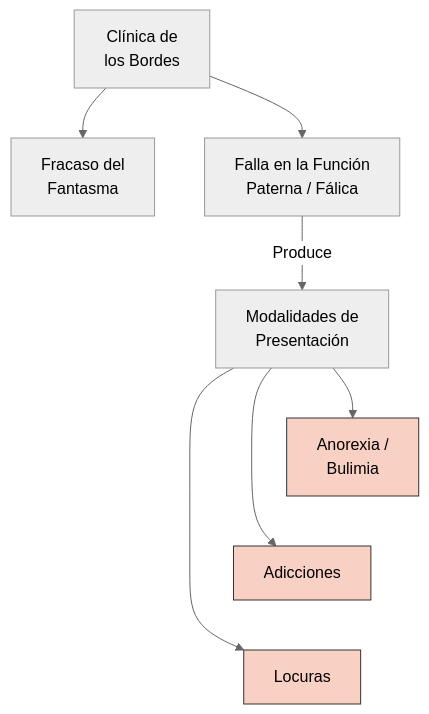
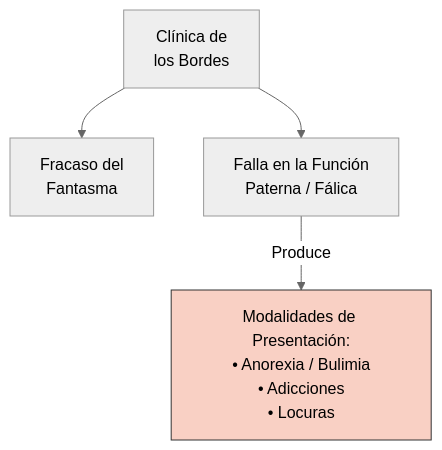
One commit to Franco4447/study-workflow changed the diagram in skills/study-summarizer/SKILL.md. Above: the diagram before and after it, drawn with Mermaid (neutral theme). The commit also changed other lines of this file, not shown here.

Commit message:
feat: use bullet lists for terminal nodes in Mermaid

````diff
--- a/skills/study-summarizer/SKILL.md
+++ b/skills/study-summarizer/SKILL.md
@@ -51,17 +52,9 @@
 ```mermaid
 graph TD
     A["Clínica de<br>los Bordes"] --> B["Fracaso del<br>Fantasma"]
     A --> C["Falla en la Función<br>Paterna / Fálica"]
     
-    C -->|"Produce"| D["Modalidades de<br>Presentación"]
-    D --> E1["Anorexia /<br>Bulimia"]
-    D --> E2["Adicciones"]
-    D --> E3["Locuras"]
+    C -->|"Produce"| D["Modalidades de Presentación:<br>• Anorexia / Bulimia<br>• Adicciones<br>• Locuras"]
     
-    E1 ~~~ E2
-    E2 ~~~ E3
-    
-    style E1 fill:#f9d0c4,stroke:#333
-    style E2 fill:#f9d0c4,stroke:#333
-    style E3 fill:#f9d0c4,stroke:#333
+    style D fill:#f9d0c4,stroke:#333
 ```
````
